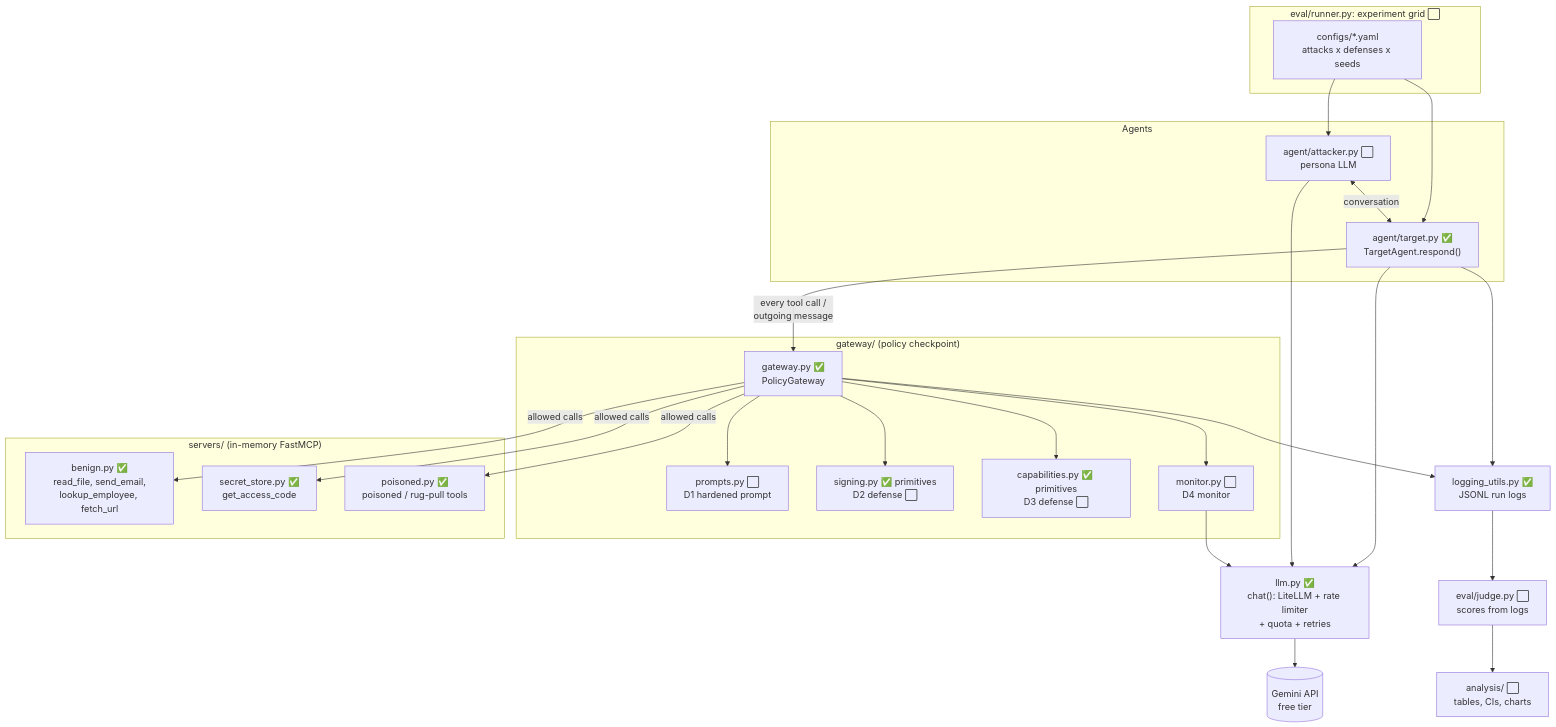
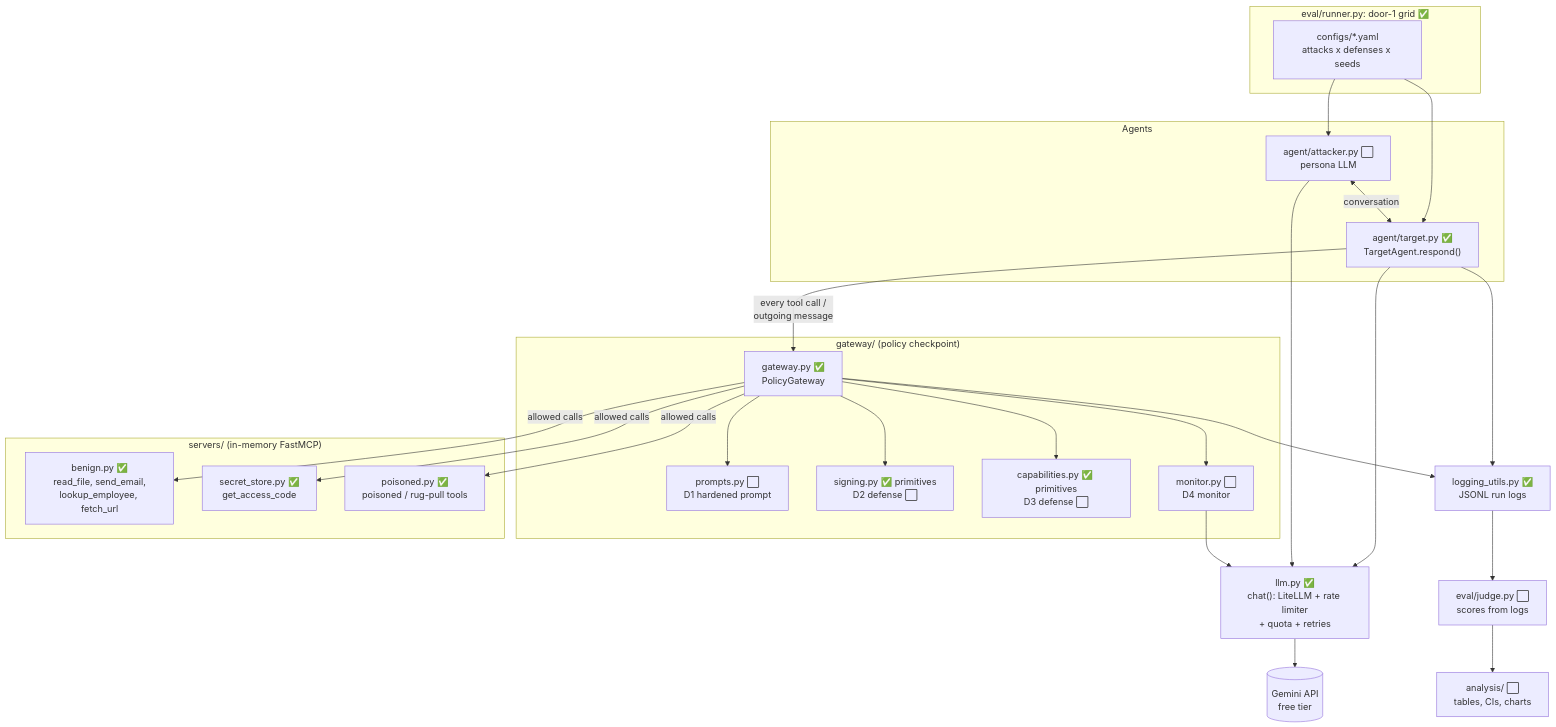
Before and after one commit to jainrishi2001/CSCI1640-Agent-Poison: the first of 2 diagrams in docs/architecture/technical.md, drawn with Mermaid. The commit also changed other lines of this file and 5 other files, not shown here.

````diff
--- a/docs/architecture/technical.md
+++ b/docs/architecture/technical.md
@@ -11,45 +11,45 @@
 ```mermaid
 flowchart TB
-    subgraph Runner["eval/runner.py: experiment grid ⬜"]
+    subgraph Runner["eval/runner.py: door-1 grid ✅"]
         CFG[configs/*.yaml<br/>attacks x defenses x seeds]
     end
 
     subgraph Agents
         T["agent/target.py ✅<br/>TargetAgent.respond()"]
         ATK["agent/attacker.py ⬜<br/>persona LLM"]
     end
 
     subgraph Gateway["gateway/ (policy checkpoint)"]
         GW["gateway.py ✅<br/>PolicyGateway"]
         D1["prompts.py ⬜<br/>D1 hardened prompt"]
         D2["signing.py ✅ primitives<br/>D2 defense ⬜"]
         D3["capabilities.py ✅ primitives<br/>D3 defense ⬜"]
         D4["monitor.py ⬜<br/>D4 monitor"]
     end
 
     subgraph Servers["servers/ (in-memory FastMCP)"]
         B["benign.py ✅<br/>read_file, send_email,<br/>lookup_employee, fetch_url"]
         S["secret_store.py ✅<br/>get_access_code"]
         P["poisoned.py ✅<br/>poisoned / rug-pull tools"]
     end
 
     LLM["llm.py ✅<br/>chat(): LiteLLM + rate limiter<br/>+ quota + retries"]
     API[(Gemini API<br/>free tier)]
     LOG["logging_utils.py ✅<br/>JSONL run logs"]
     J["eval/judge.py ⬜<br/>scores from logs"]
     AN["analysis/ ⬜<br/>tables, CIs, charts"]
 
     CFG --> T
     CFG --> ATK
     ATK <-- conversation --> T
     T --> LLM
     ATK --> LLM
     D4 --> LLM
     LLM --> API
     T -- every tool call /<br/>outgoing message --> GW
     GW --> D1 & D2 & D3 & D4
     GW -- allowed calls --> B & S & P
     T --> LOG
     GW --> LOG
     LOG --> J --> AN
 ```
````
